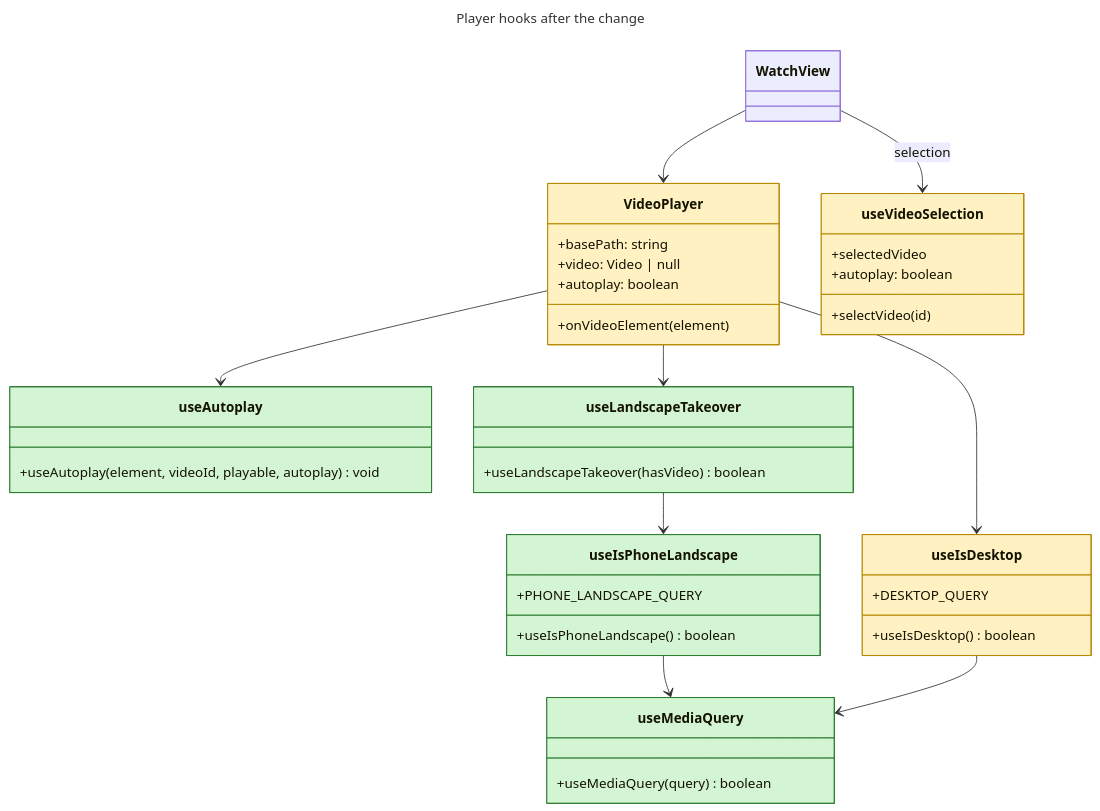
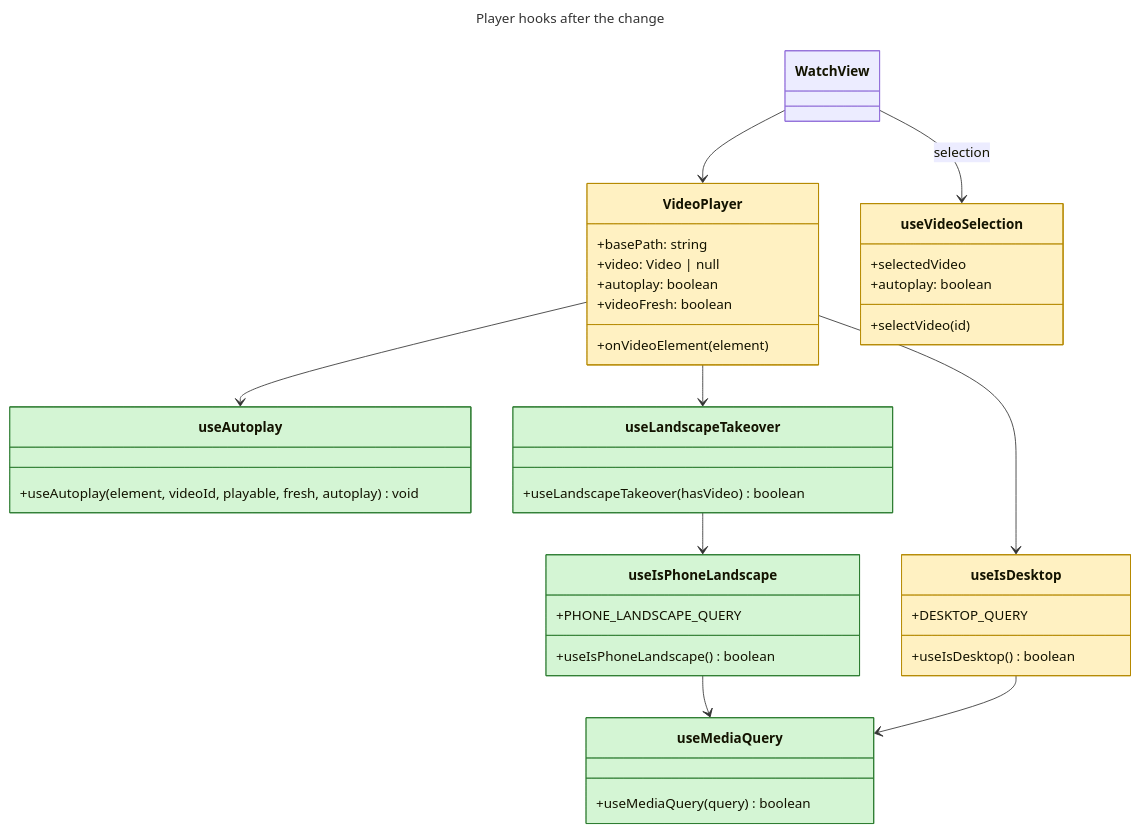
The first of 4 diagrams in openspec/changes/mobile-autoplay-landscape-fullscreen/design.md (sergigp/yarrtube), drawn with Mermaid before and after one commit. The commit also changed other lines of this file and 15 other files, not shown here.

First line of the commit message:
Autoplay a card's video even when its cached list is stale

````diff
--- a/openspec/changes/mobile-autoplay-landscape-fullscreen/design.md
+++ b/openspec/changes/mobile-autoplay-landscape-fullscreen/design.md
@@ -17,53 +17,54 @@
 ```mermaid
 ---
 title: Player hooks after the change
 ---
 classDiagram
   class VideoPlayer {
     +basePath: string
     +video: Video | null
     +autoplay: boolean
+    +videoFresh: boolean
     +onVideoElement(element)
   }
   class useVideoSelection {
     +selectedVideo
     +autoplay: boolean
     +selectVideo(id)
   }
   class useAutoplay {
-    +useAutoplay(element, videoId, playable, autoplay) void
+    +useAutoplay(element, videoId, playable, fresh, autoplay) void
   }
   class useLandscapeTakeover {
     +useLandscapeTakeover(hasVideo) boolean
   }
   class useIsPhoneLandscape {
     +PHONE_LANDSCAPE_QUERY
     +useIsPhoneLandscape() boolean
   }
   class useMediaQuery {
     +useMediaQuery(query) boolean
   }
   class useIsDesktop {
     +DESKTOP_QUERY
     +useIsDesktop() boolean
   }
   class WatchView
   WatchView --> useVideoSelection : selection
   WatchView --> VideoPlayer
   VideoPlayer --> useAutoplay
   VideoPlayer --> useLandscapeTakeover
   VideoPlayer --> useIsDesktop
   useLandscapeTakeover --> useIsPhoneLandscape
   useIsPhoneLandscape --> useMediaQuery
   useIsDesktop --> useMediaQuery
   class VideoPlayer:::changed
   class useVideoSelection:::changed
   class useAutoplay:::new
   class useLandscapeTakeover:::new
   class useIsPhoneLandscape:::new
   class useMediaQuery:::new
   class useIsDesktop:::changed
   classDef new fill:#d4f5d4,stroke:#2e7d32
   classDef changed fill:#fff1c2,stroke:#b58900
   classDef removed fill:#f8d4d4,stroke:#c62828,stroke-dasharray:4
 ```
````
